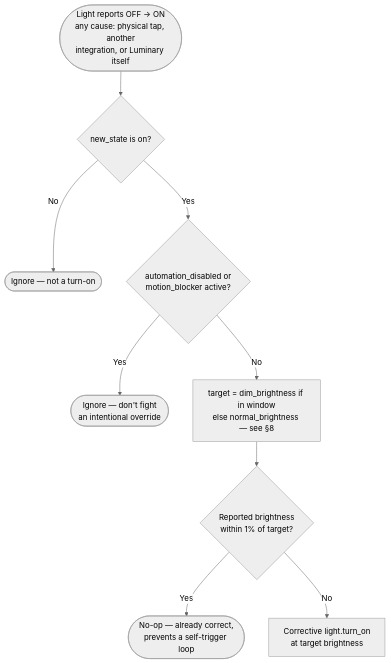
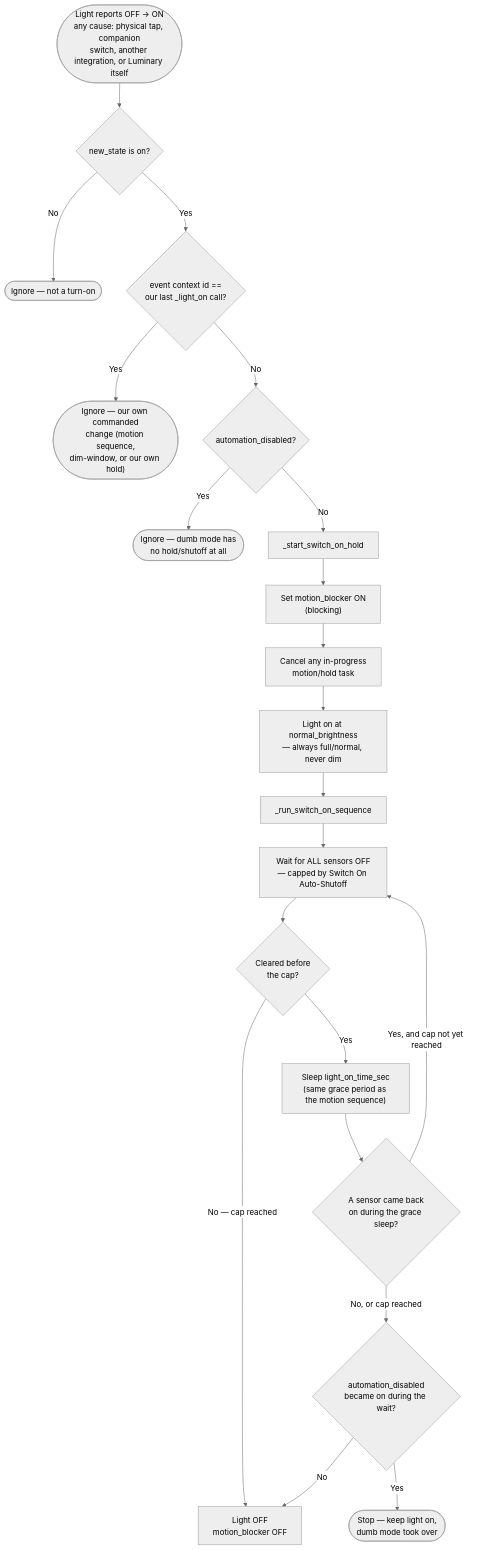
One commit to RyTsYdUp/luminary-ha changed the fifth of 8 diagrams in docs/flow.md. Above: the diagram before and after it, drawn with Mermaid (neutral theme). The commit also changed other lines of this file and 8 other files, not shown here.

First line of the commit message:
Switch-triggered on now always full brightness, with a timed auto-shutoff

````diff
--- a/docs/flow.md
+++ b/docs/flow.md
@@ -209,14 +216,27 @@
 ```mermaid
 flowchart TD
-    LC(["Light reports OFF → ON\nany cause: physical tap, another\nintegration, or Luminary itself"])
+    LC(["Light reports OFF → ON\nany cause: physical tap, companion\nswitch, another integration, or Luminary itself"])
 
     LC --> C1{"new_state is on?"}
     C1 -- No --> STOP(["Ignore — not a turn-on"])
-    C1 -- Yes --> C2{"automation_disabled or\nmotion_blocker active?"}
-    C2 -- Yes --> STOP2(["Ignore — don't fight\nan intentional override"])
-    C2 -- No --> T["target = dim_brightness if in window\nelse normal_brightness — see §8"]
+    C1 -- Yes --> C2{"event context id ==\nour last _light_on call?"}
+    C2 -- Yes --> STOP2(["Ignore — our own commanded\nchange (motion sequence,\ndim-window, or our own hold)"])
+    C2 -- No --> C3{"automation_disabled?"}
+    C3 -- Yes --> STOP3(["Ignore — dumb mode has\nno hold/shutoff at all"])
+    C3 -- No --> HOLD["_start_switch_on_hold"]
 
-    T --> M{"Reported brightness\nwithin 1% of target?"}
-    M -- Yes --> NOOP(["No-op — already correct,\nprevents a self-trigger loop"])
-    M -- No --> COR["Corrective light.turn_on\nat target brightness"]
+    HOLD --> H1["Set motion_blocker ON\n(blocking)"]
+    H1 --> H2["Cancel any in-progress\nmotion/hold task"]
+    H2 --> H3["Light on at normal_brightness\n— always full/normal, never dim"]
+    H3 --> SEQ["_run_switch_on_sequence"]
+
+    SEQ --> W["Wait for ALL sensors OFF\n— capped by Switch On Auto-Shutoff"]
+    W --> CL{"Cleared before\nthe cap?"}
+    CL -- "No — cap reached" --> OFF
+    CL -- Yes --> GRACE["Sleep light_on_time_sec\n(same grace period as the motion sequence)"]
+    GRACE --> RETRIG{"A sensor came back\non during the grace sleep?"}
+    RETRIG -- "Yes, and cap not yet reached" --> W
+    RETRIG -- "No, or cap reached" --> DIS{"automation_disabled\nbecame on during the wait?"}
+    DIS -- Yes --> HELD(["Stop — keep light on,\ndumb mode took over"])
+    DIS -- No --> OFF["Light OFF\nmotion_blocker OFF"]
 ```
````
